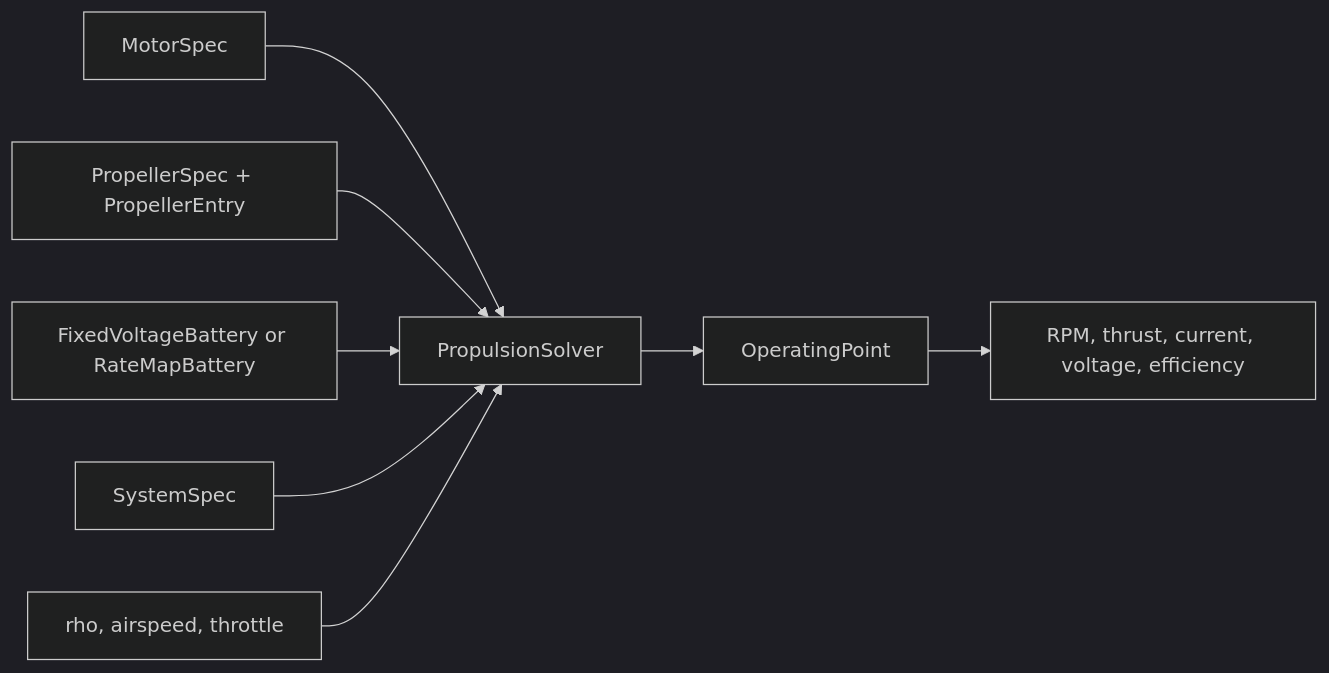
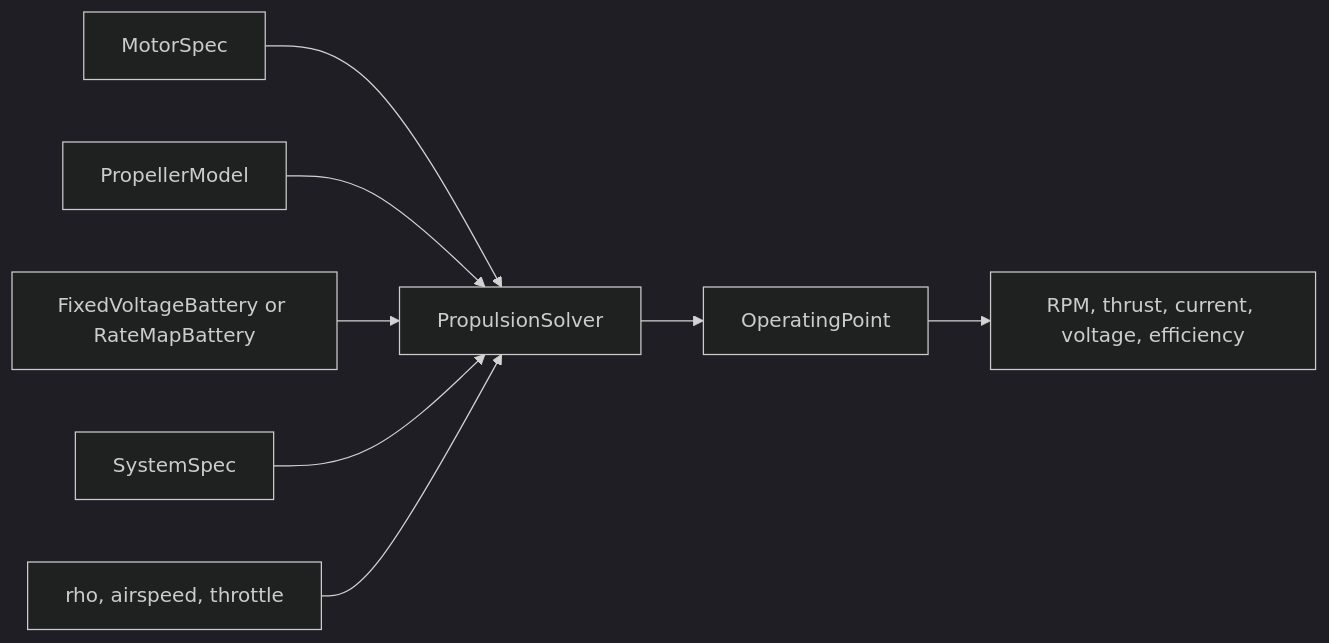
The diagram in docs/usage.md (Setuav/PyThrust), drawn with Mermaid (dark theme) before and after one commit. The commit also changed other lines of this file and 22 other files, not shown here.

First line of the commit message:
refactor!: give the solver a propeller model instead of a coefficient table

````diff
--- a/docs/usage.md
+++ b/docs/usage.md
@@ -54,18 +54,18 @@
 ```mermaid
 flowchart LR
     motor["MotorSpec"]:::motorStyle
-    prop["PropellerSpec + PropellerEntry"]:::propStyle
+    prop["PropellerModel"]:::propStyle
     battery["FixedVoltageBattery or RateMapBattery"]:::batteryStyle
     system["SystemSpec"]
     flight["rho, airspeed, throttle"]
     solver["PropulsionSolver"]
     point["OperatingPoint"]
 
     motor --> solver
     prop --> solver
     battery --> solver
     system --> solver
     flight --> solver
     solver --> point
     point --> outputs["RPM, thrust, current, voltage, efficiency"]
 ```
````
